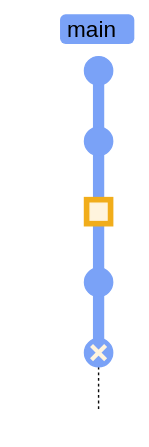
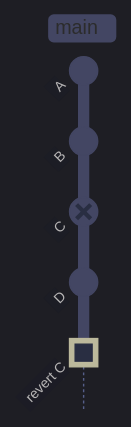
Before and after one commit to alp78/elysium: the second of 12 diagrams in content/08-Git/11-git-recovery-and-undo.md, drawn with Mermaid. The commit also changed other lines of this file and 13 other files, not shown here.

````diff
--- a/content/08-Git/11-git-recovery-and-undo.md
+++ b/content/08-Git/11-git-recovery-and-undo.md
@@ -87,9 +188,20 @@
 ```mermaid
-%%{init: {'theme': 'base', 'themeVariables': {'git0': '#7aa2f7', 'git1': '#f7768e', 'git2': '#9ece6a', 'git3': '#e0af68', 'git4': '#bb9af7', 'gitBranchLabel0': '#000000', 'gitBranchLabel1': '#000000', 'gitBranchLabel2': '#000000', 'gitBranchLabel3': '#000000', 'commitLabelColor': '#ffffff', 'commitLabelBackground': 'transparent', 'commitLabelFontSize': '14px', 'tagLabelColor': '#000000', 'tagLabelBackground': '#c0caf5'}, 'gitGraph': {'mainBranchName': 'main'}} }%%
+%%{init: {'theme': 'dark', 'themeVariables': {
+  'primaryColor': '#292e42',
+  'primaryTextColor': '#c0caf5',
+  'primaryBorderColor': '#565f89',
+  'lineColor': '#565f89',
+  'secondaryColor': '#1a1b26',
+  'tertiaryColor': '#24283b',
+  'noteTextColor': '#c0caf5',
+  'noteBkgColor': '#292e42',
+  'textColor': '#c0caf5',
+  'fontSize': '14px'
+}, 'gitGraph': {'mainBranchName': 'main'}}}%%
 gitGraph TB:
   commit id: "A"
   commit id: "B"
-  commit id: "C" type: HIGHLIGHT
+  commit id: "C" type: REVERSE
   commit id: "D"
-  commit id: "revert-C" type: REVERSE
+  commit id: "revert C" type: HIGHLIGHT
 ```
````
